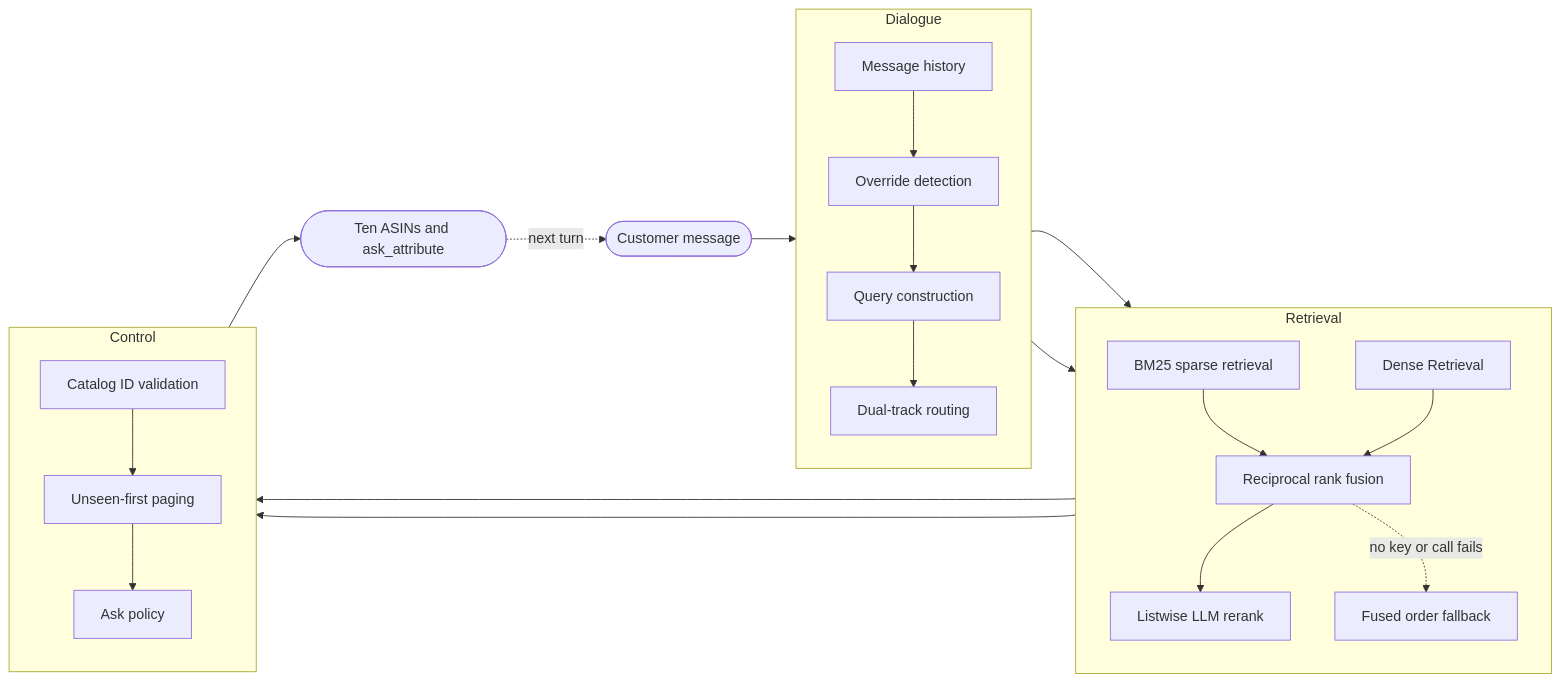
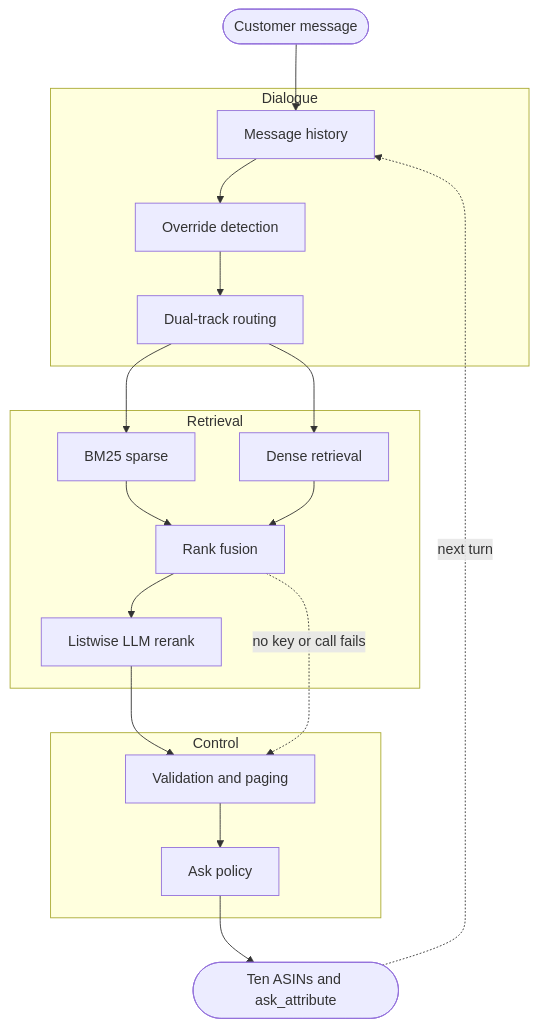
The diagram in starter/README.md (yong-zhuo/techjam26_inittowinit), drawn with Mermaid before and after one commit. The commit also changed other lines of this file, not shown here.

Commit message:
docs: simplify architecture diagram to a vertical merged layout

````diff
--- a/starter/README.md
+++ b/starter/README.md
@@ -17,30 +17,26 @@
 ```mermaid
-flowchart LR
+flowchart TB
     IN([Customer message])
 
     subgraph Dialogue
-        direction TB
-        H[Message history] --> O[Override detection] --> Q[Query construction] --> T[Dual-track routing]
+        H[Message history] --> O[Override detection] --> T[Dual-track routing]
     end
 
     subgraph Retrieval
-        direction TB
-        B[BM25 sparse retrieval] --> F[Reciprocal rank fusion]
-        D[Dense Retrieval] --> F
+        B[BM25 sparse] --> F[Rank fusion]
+        D[Dense retrieval] --> F
         F --> L[Listwise LLM rerank]
-        F -. no key or call fails .-> FB[Fused order fallback]
     end
 
     subgraph Control
-        direction TB
-        V[Catalog ID validation] --> P[Unseen-first paging] --> A[Ask policy]
+        S[Validation and paging] --> A[Ask policy]
     end
 
     IN --> H
     T --> B
     T --> D
-    L --> V
-    FB --> V
+    L --> S
+    F -. no key or call fails .-> S
     A --> OUT([Ten ASINs and ask_attribute])
-    OUT -. next turn .-> IN
+    OUT -. next turn .-> H
 ```
````
